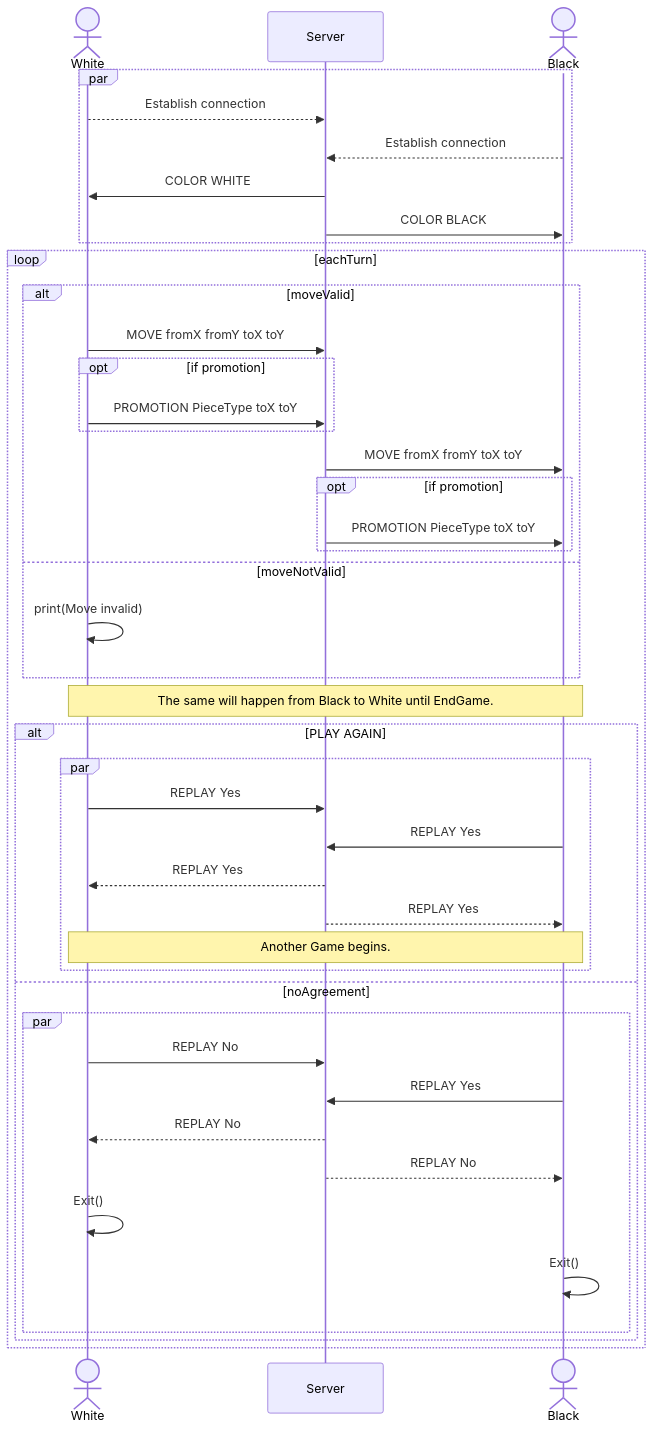
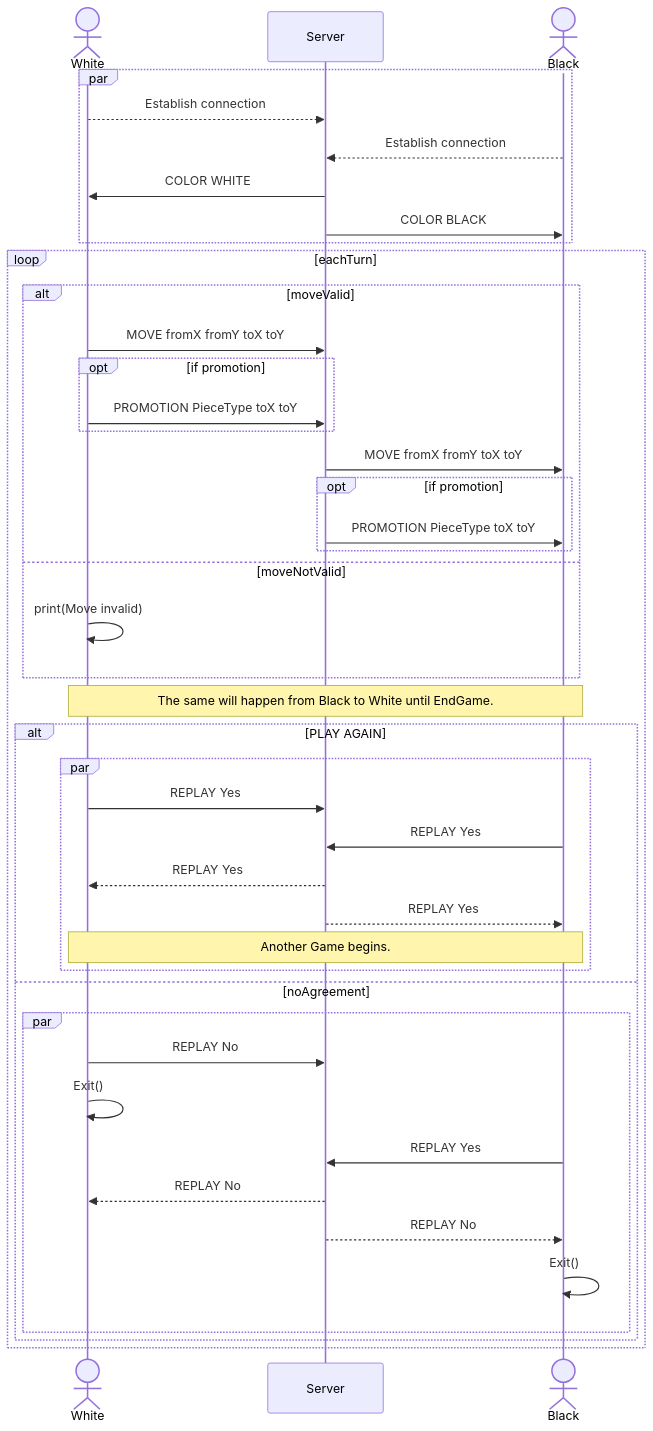
The diagram in README.md (heig-lherman/dai-pw02), drawn with Mermaid before and after one commit. The commit also changed other lines of this file and 4 other files, not shown here.

````diff
--- a/README.md
+++ b/README.md
@@ -43,47 +64,47 @@
 ```mermaid
 sequenceDiagram
     actor White as White
     participant Server as Server
     actor Black as Black
 
     par
     White -->> Server: Establish connection
     Black -->> Server: Establish connection
     Server ->> White: COLOR WHITE
     Server ->> Black: COLOR BLACK
     end
 
     loop eachTurn
     alt moveValid
         White ->> Server: MOVE fromX fromY toX toY
         opt if promotion
             White ->> Server: PROMOTION PieceType toX toY
         end
         Server ->> Black: MOVE fromX fromY toX toY
         opt if promotion
             Server ->> Black: PROMOTION PieceType toX toY
         end
         else moveNotValid
         White ->> White: print(Move invalid)
     end
     Note over White,Black: The same will happen from Black to White until EndGame.
         alt PLAY AGAIN
     par
         White ->> Server: REPLAY Yes
         Black ->> Server: REPLAY Yes
         Server -->> White: REPLAY Yes
         Server -->> Black: REPLAY Yes
             Note over White,Black: Another Game begins.
     end
         else noAgreement
         par
         White ->> Server: REPLAY No
+        White ->> White: Exit()
         Black ->> Server: REPLAY Yes
         Server -->> White: REPLAY No
         Server -->> Black: REPLAY No
-        White ->> White: Exit()
         Black ->> Black: Exit()
         end
     end
     end
 ```
````
